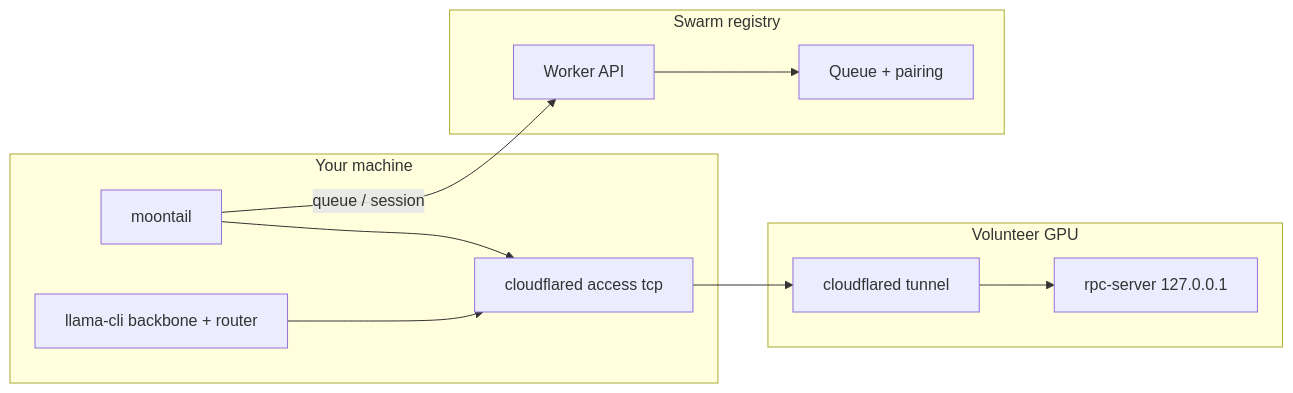
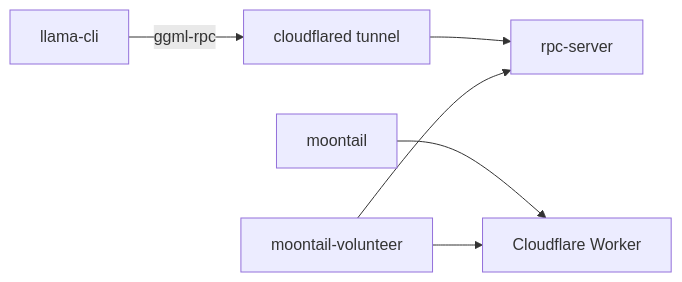
One commit to vogue84/MoonTail changed the diagram in README.md. Above: the diagram before and after it, drawn with Mermaid. The commit also changed other lines of this file and 42 other files, not shown here.

````diff
--- a/README.md
+++ b/README.md
@@ -92,19 +46,8 @@
 ```mermaid
 flowchart LR
-  subgraph you [Your machine]
-    MT[moontail]
-    LL[llama-cli backbone + router]
-    CFc[cloudflared access tcp]
-  end
-  subgraph edge [Swarm registry]
-    W[Worker API]
-    R[Queue + pairing]
-  end
-  subgraph vol [Volunteer GPU]
-    RPC[rpc-server 127.0.0.1]
-    T[cloudflared tunnel]
-  end
-  MT -->|queue / session| W --> R
-  MT --> CFc
-  LL --> CFc --> T --> RPC
+  MT[moontail] --> W[Cloudflare Worker]
+  LL[llama-cli] -->|ggml-rpc| T[cloudflared tunnel]
+  T --> RPC[rpc-server]
+  Vol[moontail-volunteer] --> W
+  Vol --> RPC
 ```
````
